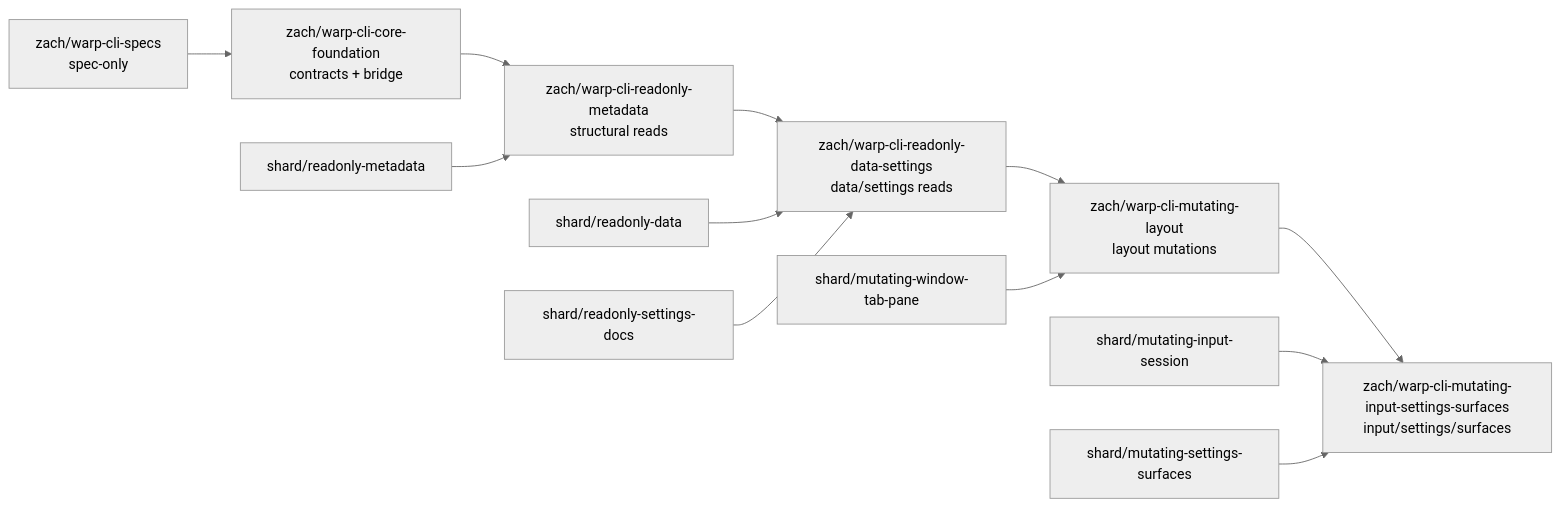
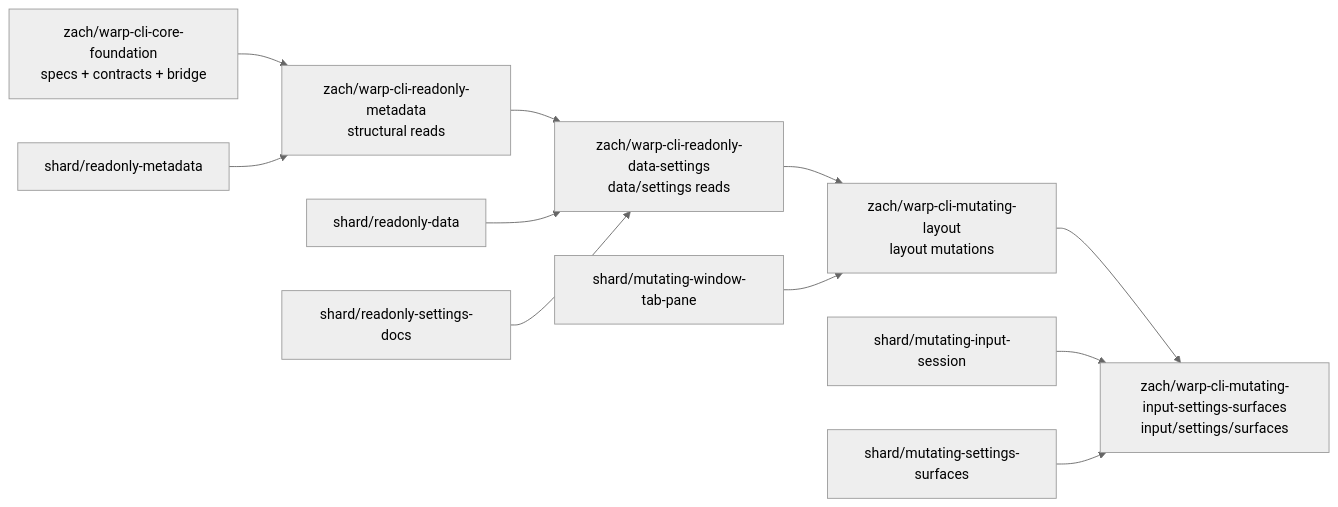
Before and after one commit to vampik33/warp: the second of 2 diagrams in specs/warp-control-cli/TECH.md, drawn with Mermaid (neutral theme). The commit also changed other lines of this file and 1 other file, not shown here.

````diff
--- a/specs/warp-control-cli/TECH.md
+++ b/specs/warp-control-cli/TECH.md
@@ -509,14 +507,13 @@
 ```mermaid
 flowchart LR
-    Specs["zach/warp-cli-specs<br/>spec-only"] --> Core["zach/warp-cli-core-foundation<br/>contracts + bridge"]
-    Core --> ROMeta["zach/warp-cli-readonly-metadata<br/>structural reads"]
+    Core["zach/warp-cli-core-foundation<br/>specs + contracts + bridge"] --> ROMeta["zach/warp-cli-readonly-metadata<br/>structural reads"]
     ROMeta --> ROData["zach/warp-cli-readonly-data-settings<br/>data/settings reads"]
     ROData --> MutLayout["zach/warp-cli-mutating-layout<br/>layout mutations"]
     MutLayout --> MutInput["zach/warp-cli-mutating-input-settings-surfaces<br/>input/settings/surfaces"]
     ROMetaShard["shard/readonly-metadata"] --> ROMeta
     RODataShard["shard/readonly-data"] --> ROData
     ROSettingsShard["shard/readonly-settings-docs"] --> ROData
     MutLayoutShard["shard/mutating-window-tab-pane"] --> MutLayout
     MutInputShard["shard/mutating-input-session"] --> MutInput
     MutSettingsShard["shard/mutating-settings-surfaces"] --> MutInput
 ```
````
